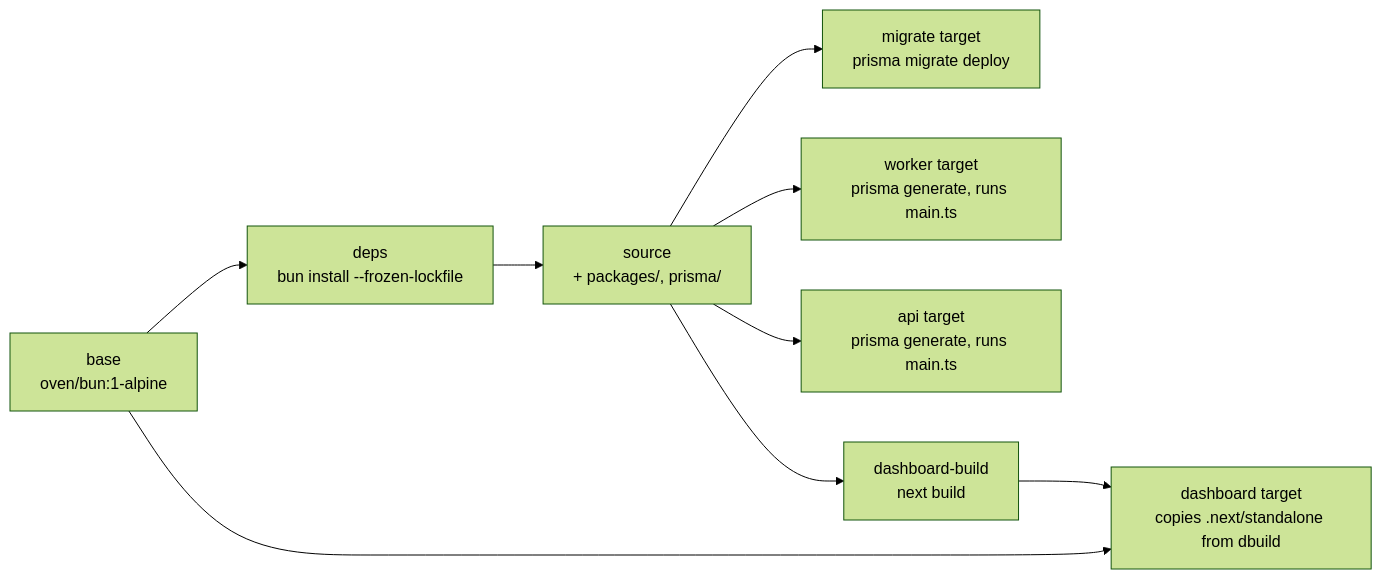
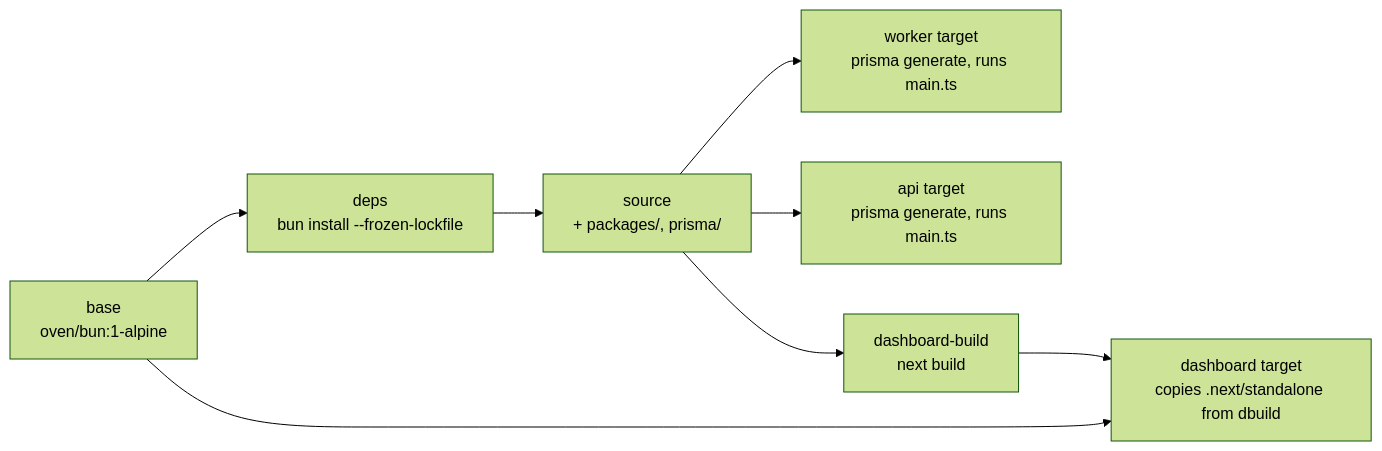
The second of 2 diagrams in deploy/docker/README.md (lumi-devs/Lumi), drawn with Mermaid (forest theme) before and after one commit. The commit also changed other lines of this file and 2 other files, not shown here.

First line of the commit message:
fix(deploy): migrate service reuses worker image instead of a separate tag

````diff
--- a/deploy/docker/README.md
+++ b/deploy/docker/README.md
@@ -104,11 +104,10 @@
 ```mermaid
 graph LR
     base[base<br/>oven/bun:1-alpine] --> deps[deps<br/>bun install --frozen-lockfile]
     deps --> source[source<br/>+ packages/, prisma/]
-    source --> migrate[migrate target<br/>prisma migrate deploy]
     source --> worker[worker target<br/>prisma generate, runs main.ts]
     source --> api[api target<br/>prisma generate, runs main.ts]
     source --> dbuild[dashboard-build<br/>next build]
     base --> dashboard[dashboard target<br/>copies .next/standalone from dbuild]
     dbuild --> dashboard
 ```
````
